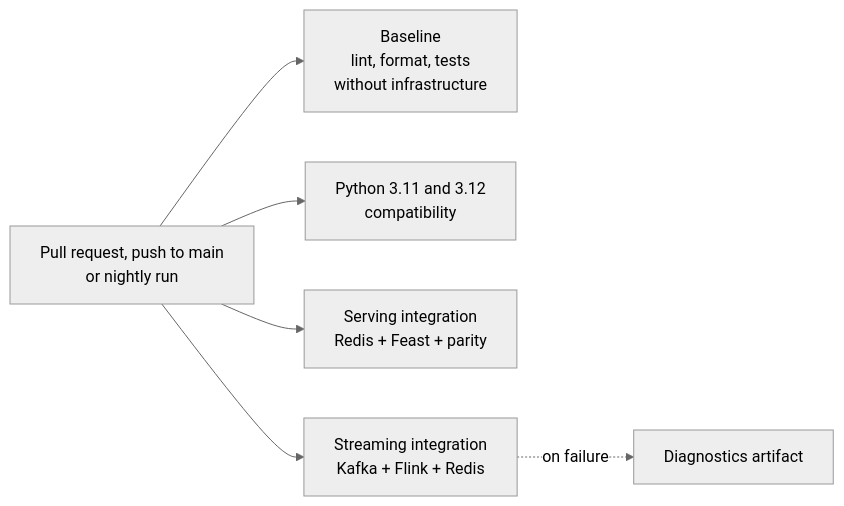
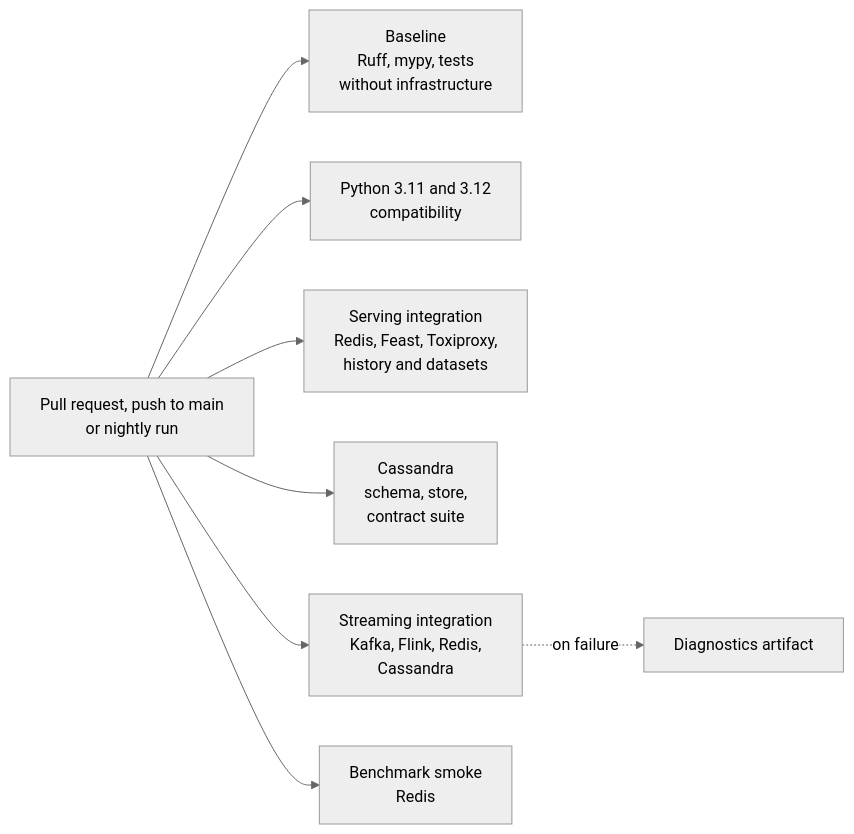
Diagram 11 of 12 in ARCHITECTURE.md (oster-dev/featureforge), drawn with Mermaid (neutral theme) before and after one commit. The commit also changed other lines of this file and 20 other files, not shown here.

````diff
--- a/ARCHITECTURE.md
+++ b/ARCHITECTURE.md
@@ -381,8 +592,10 @@
 ```mermaid
 flowchart LR
-    PUSH[Pull request, push to main<br/>or nightly run] --> B[Baseline<br/>lint, format, tests<br/>without infrastructure]
+    PUSH[Pull request, push to main<br/>or nightly run] --> B[Baseline<br/>Ruff, mypy, tests<br/>without infrastructure]
     PUSH --> C[Python 3.11 and 3.12<br/>compatibility]
-    PUSH --> S[Serving integration<br/>Redis + Feast + parity]
-    PUSH --> F[Streaming integration<br/>Kafka + Flink + Redis]
+    PUSH --> S[Serving integration<br/>Redis, Feast, Toxiproxy,<br/>history and datasets]
+    PUSH --> K[Cassandra<br/>schema, store,<br/>contract suite]
+    PUSH --> F[Streaming integration<br/>Kafka, Flink, Redis,<br/>Cassandra]
+    PUSH --> M[Benchmark smoke<br/>Redis]
     F -.->|on failure| ART[Diagnostics artifact]
 ```
````
